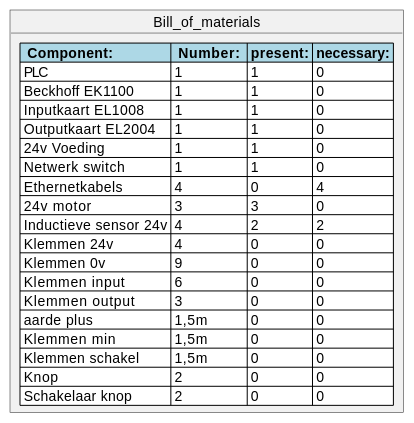
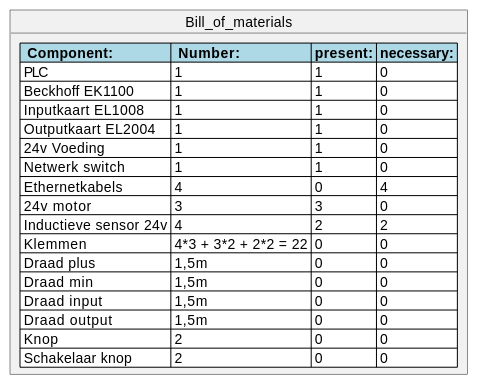
Before and after one commit to Timon14kraan/Project-Proces-and-Safety: the diagram in src/Materials.md, drawn with PlantUML. The commit also changed 3 other files, not shown here.

````diff
--- a/src/Materials.md
+++ b/src/Materials.md
@@ -3,27 +3,25 @@
 ```plantuml
 @startuml
 
 object Bill_of_materials {
   <#lightblue,#black>|=  Component:  |=  Number:  |= present: |= necessary: |
   <#white>| PLC | 1 | 1 | 0 |
   <#white>| Beckhoff EK1100 | 1 | 1 | 0 |
   <#white>| Inputkaart EL1008 | 1 | 1 | 0 |
   <#white>| Outputkaart EL2004 | 1 | 1 | 0 |
   <#white>| 24v Voeding | 1 | 1 | 0 |
   <#white>| Netwerk switch | 1 | 1 | 0 |
   <#white>| Ethernetkabels | 4 | 0 | 4 | 
   <#white>| 24v motor | 3 | 3 | 0 |
   <#white>| Inductieve sensor 24v | 4 | 2 | 2 |
-  <#white>| Klemmen 24v | 4 | 0 | 0 |
-  <#white>| Klemmen 0v | 9 | 0 | 0 |
-  <#white>| Klemmen input | 6 | 0 | 0 |
-  <#white>| Klemmen output | 3 | 0 | 0 |
-  <#white>| aarde plus | 1,5m | 0 | 0 |
-  <#white>| Klemmen min | 1,5m | 0 | 0 |
-  <#white>| Klemmen schakel | 1,5m | 0 | 0 |
+  <#white>| Klemmen | 4*3 + 3*2 + 2*2 = 22 | 0 | 0 |
+  <#white>| Draad plus | 1,5m | 0 | 0 |
+  <#white>| Draad min | 1,5m | 0 | 0 |
+  <#white>| Draad input | 1,5m | 0 | 0 |
+  <#white>| Draad output | 1,5m | 0 | 0 |
   <#white>| Knop | 2 | 0 | 0 |
   <#white>| Schakelaar knop | 2 | 0 | 0 |
 }
 
 @endulm
 ```
````
